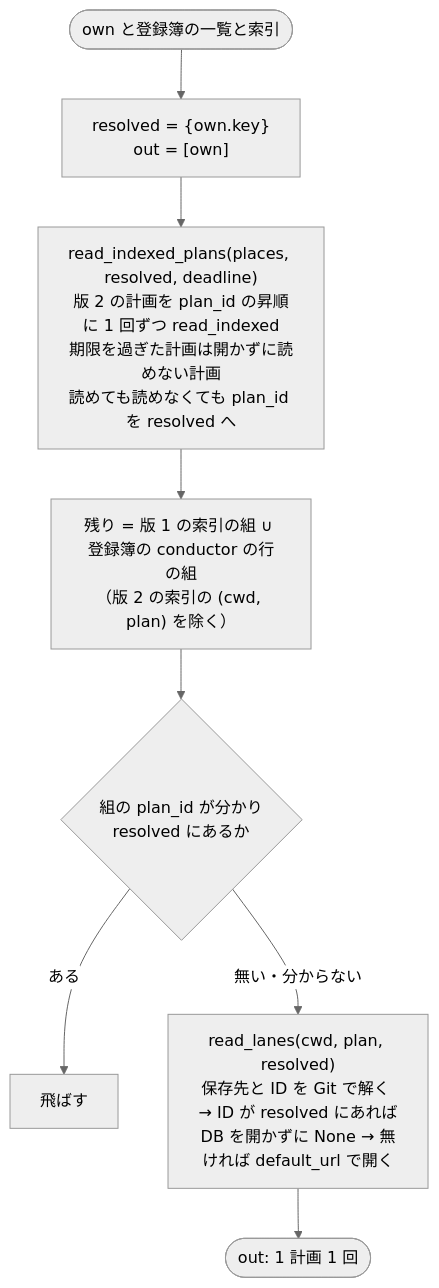
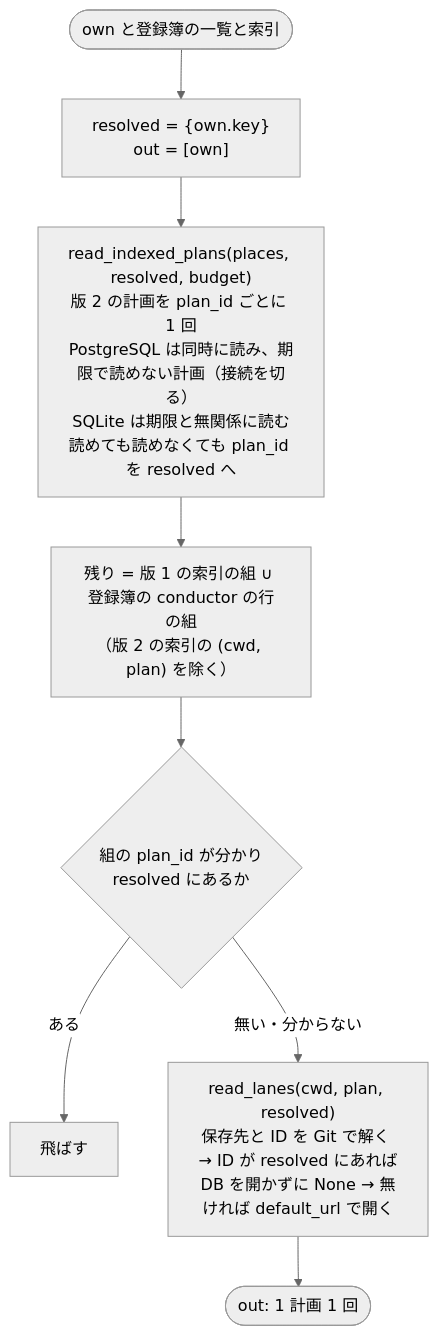
Before and after one commit to devbasex/ai-plugins: the third of 3 diagrams in issues/issue-4113-design.md, drawn with Mermaid (neutral theme). The commit also changed other lines of this file, not shown here.

Commit message:
Docs: #4113 の設計にレビューの指摘を反映（実効パラメーターでの接続先の判定・利用者名の必須化・PostgreSQL の同時読みと期限後の切断・SQLite は予算の外）

````diff
--- a/issues/issue-4113-design.md
+++ b/issues/issue-4113-design.md
@@ -69,10 +69,10 @@
 ```mermaid
 flowchart TD
   S([own と登録簿の一覧と索引]) --> A["resolved = {own.key}<br>out = [own]"]
-  A --> V["read_indexed_plans(places, resolved, deadline)<br>版 2 の計画を plan_id の昇順に 1 回ずつ read_indexed<br>期限を過ぎた計画は開かずに読めない計画<br>読めても読めなくても plan_id を resolved へ"]
+  A --> V["read_indexed_plans(places, resolved, budget)<br>版 2 の計画を plan_id ごとに 1 回<br>PostgreSQL は同時に読み、期限で読めない計画（接続を切る）<br>SQLite は期限と無関係に読む<br>読めても読めなくても plan_id を resolved へ"]
   V --> L["残り = 版 1 の索引の組 ∪ 登録簿の conductor の行の組<br>（版 2 の索引の (cwd, plan) を除く）"]
   L --> R{"組の plan_id が分かり<br>resolved にあるか"}
   R -- ある --> N[飛ばす]
   R -- "無い・分からない" --> RL["read_lanes(cwd, plan, resolved)<br>保存先と ID を Git で解く → ID が resolved にあれば<br>DB を開かずに None → 無ければ default_url で開く"]
   RL --> O([out: 1 計画 1 回])
 ```
````
